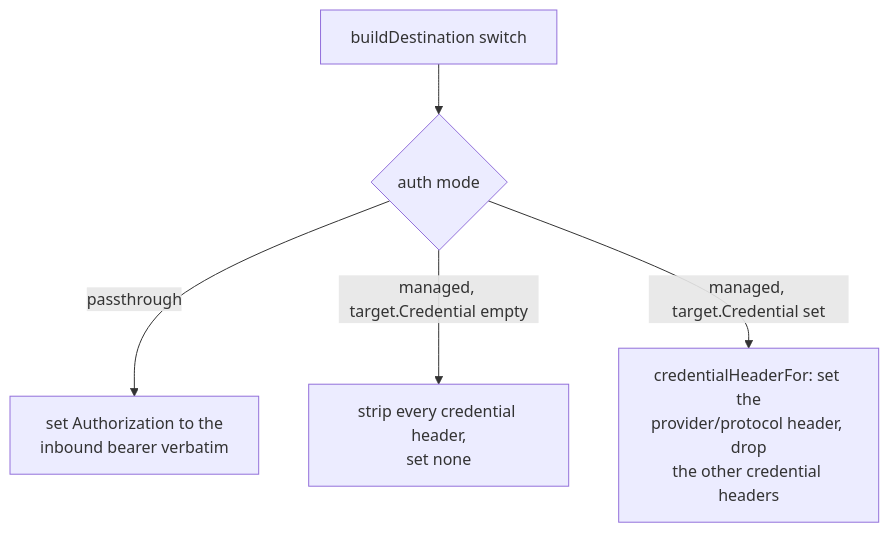
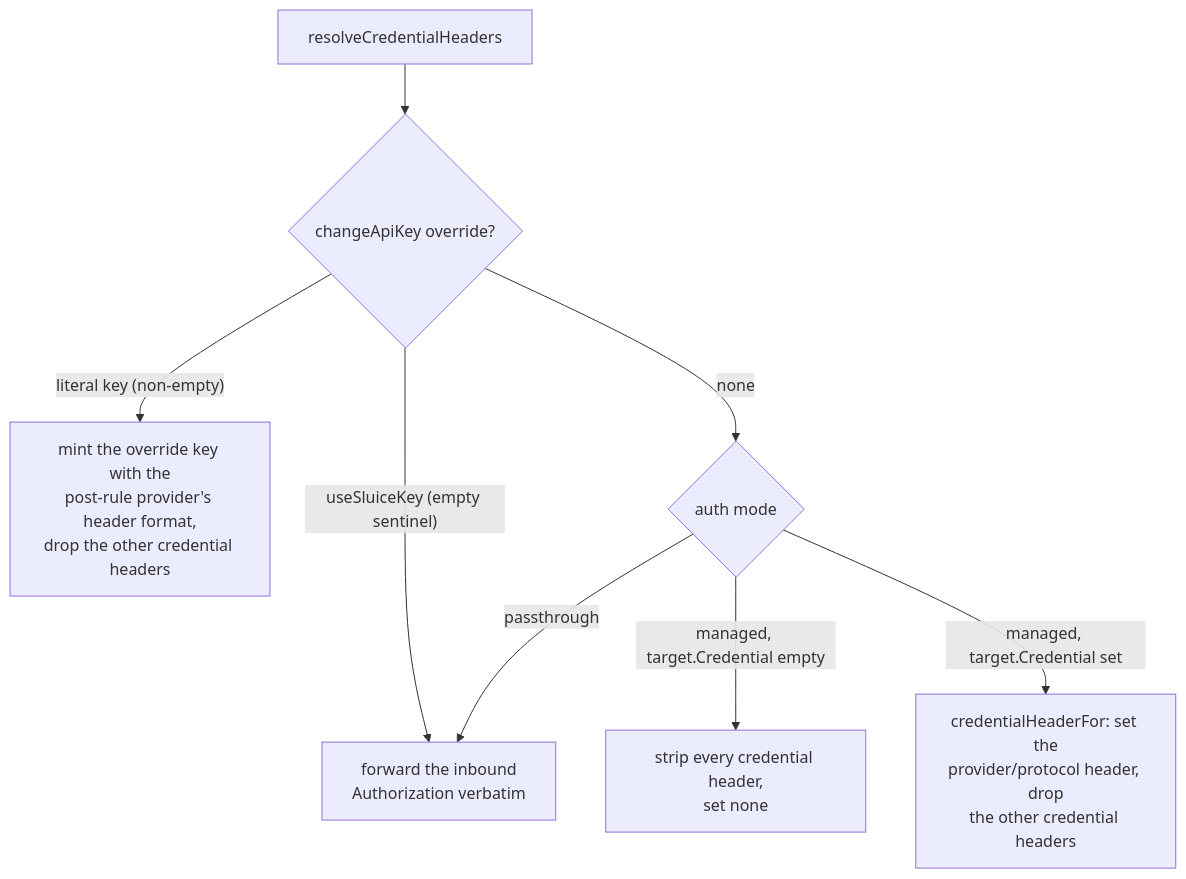
One commit to andyjmorgan/slipspace-gateway changed the second of 3 diagrams in docs/actions.md. Above: the diagram before and after it, drawn with Mermaid. The commit also changed other lines of this file and 17 other files, not shown here.

First line of the commit message:
fix(gateway): wire changeApiKey + redact v2 credentials on config export

````diff
--- a/docs/actions.md
+++ b/docs/actions.md
@@ -323,7 +323,10 @@
 ```mermaid
 flowchart TB
-    Start[buildDestination switch] --> Mode{auth mode}
-    Mode -- passthrough --> Forward[set Authorization to the<br/>inbound bearer verbatim]
+    Start[resolveCredentialHeaders] --> Ovr{changeApiKey override?}
+    Ovr -- "literal key (non-empty)" --> Lit[mint the override key with the<br/>post-rule provider's header format,<br/>drop the other credential headers]
+    Ovr -- "useSluiceKey (empty sentinel)" --> Fwd[forward the inbound<br/>Authorization verbatim]
+    Ovr -- none --> Mode{auth mode}
+    Mode -- passthrough --> Fwd
     Mode -- "managed, target.Credential empty" --> Strip[strip every credential header,<br/>set none]
     Mode -- "managed, target.Credential set" --> Set[credentialHeaderFor: set the<br/>provider/protocol header, drop<br/>the other credential headers]
 ```
````
